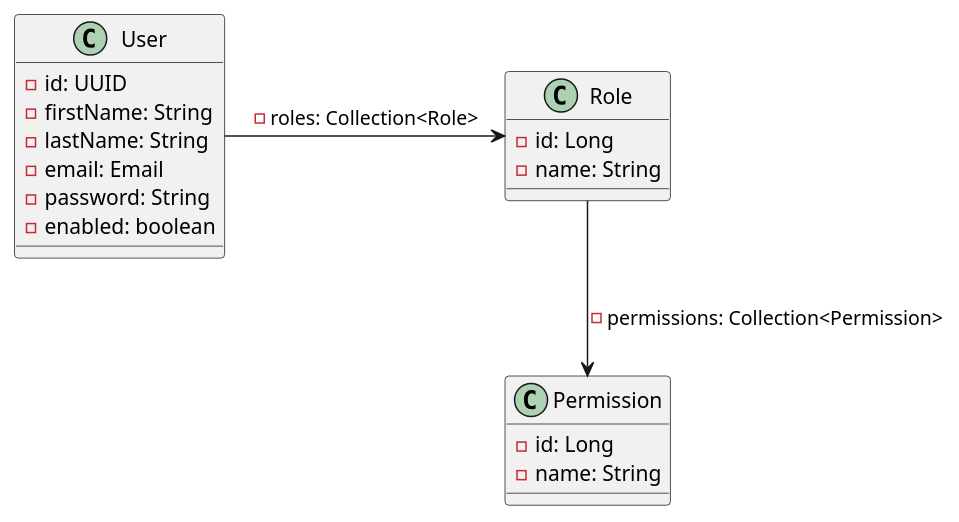
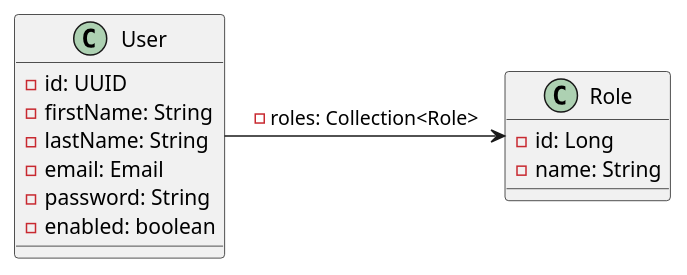
The diagram in uml/class.puml (Vixi9/LibraryAuthApi), drawn with PlantUML before and after one commit.

Commit message:
Updated class diagram

```diff
--- a/uml/class.puml
+++ b/uml/class.puml
@@ -1,27 +1,20 @@
 @startuml
 'https://plantuml.com/class-diagram
 
 class User {
     -id: UUID
     -firstName: String
     -lastName: String
     -email: Email
     -password: String
     -enabled: boolean
 }
 
 class Role {
     -id: Long
     -name: String
 }
 
-class Permission {
-    -id: Long
-    -name: String
-}
-
 User -> Role: -roles: Collection<Role>
 
-Role --> Permission: -permissions: Collection<Permission>
-
 @enduml
```
